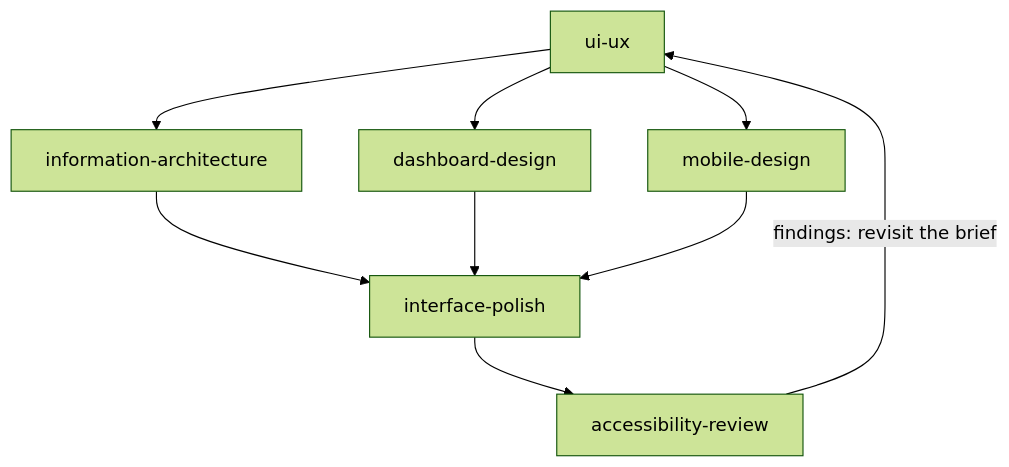
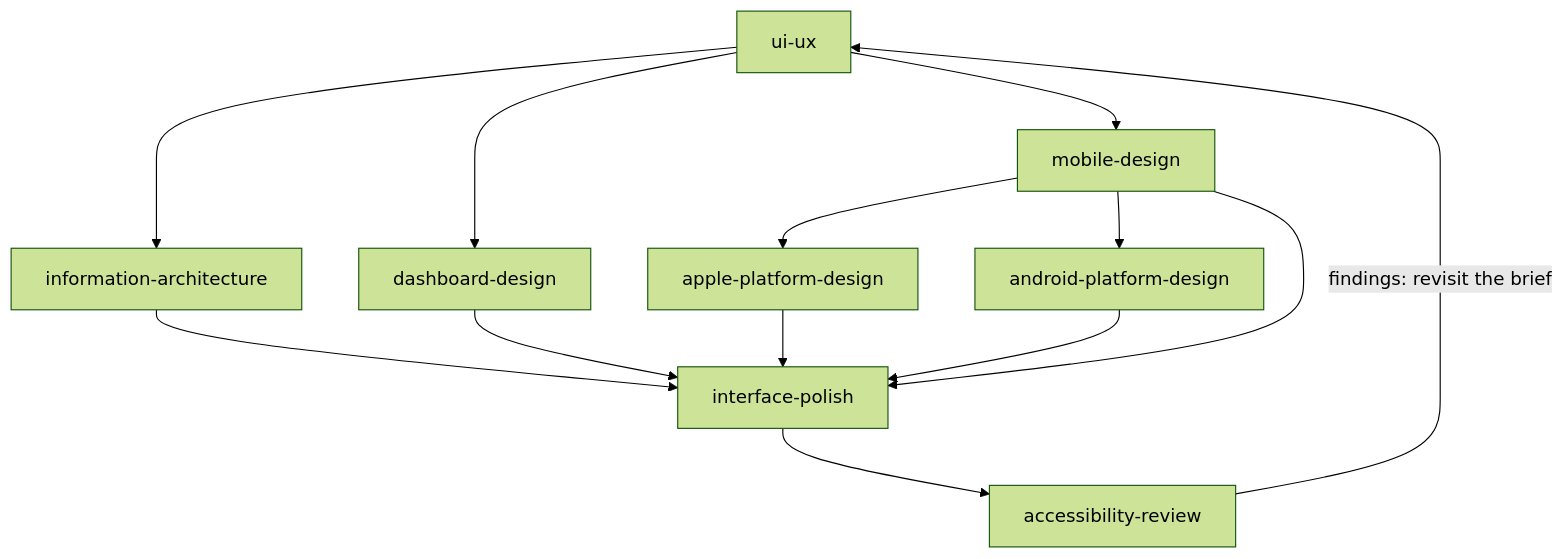
One commit to stylusnexus/agent-plugins changed the diagram in plugins/design-suite/README.md. Above: the diagram before and after it, drawn with Mermaid (forest theme). The commit also changed other lines of this file and 33 other files, not shown here.

First line of the commit message:
feat(design-suite): add Apple and Android skills

````diff
--- a/plugins/design-suite/README.md
+++ b/plugins/design-suite/README.md
@@ -68,11 +74,15 @@
 ```mermaid
 flowchart TD
   U[ui-ux] --> IA[information-architecture]
   U --> D[dashboard-design]
   U --> M[mobile-design]
   IA --> P[interface-polish]
   D --> P
+  M --> AP[apple-platform-design]
+  M --> AN[android-platform-design]
+  AP --> P
+  AN --> P
   M --> P
   P --> A[accessibility-review]
   A -->|findings: revisit the brief| U
 ```
````
